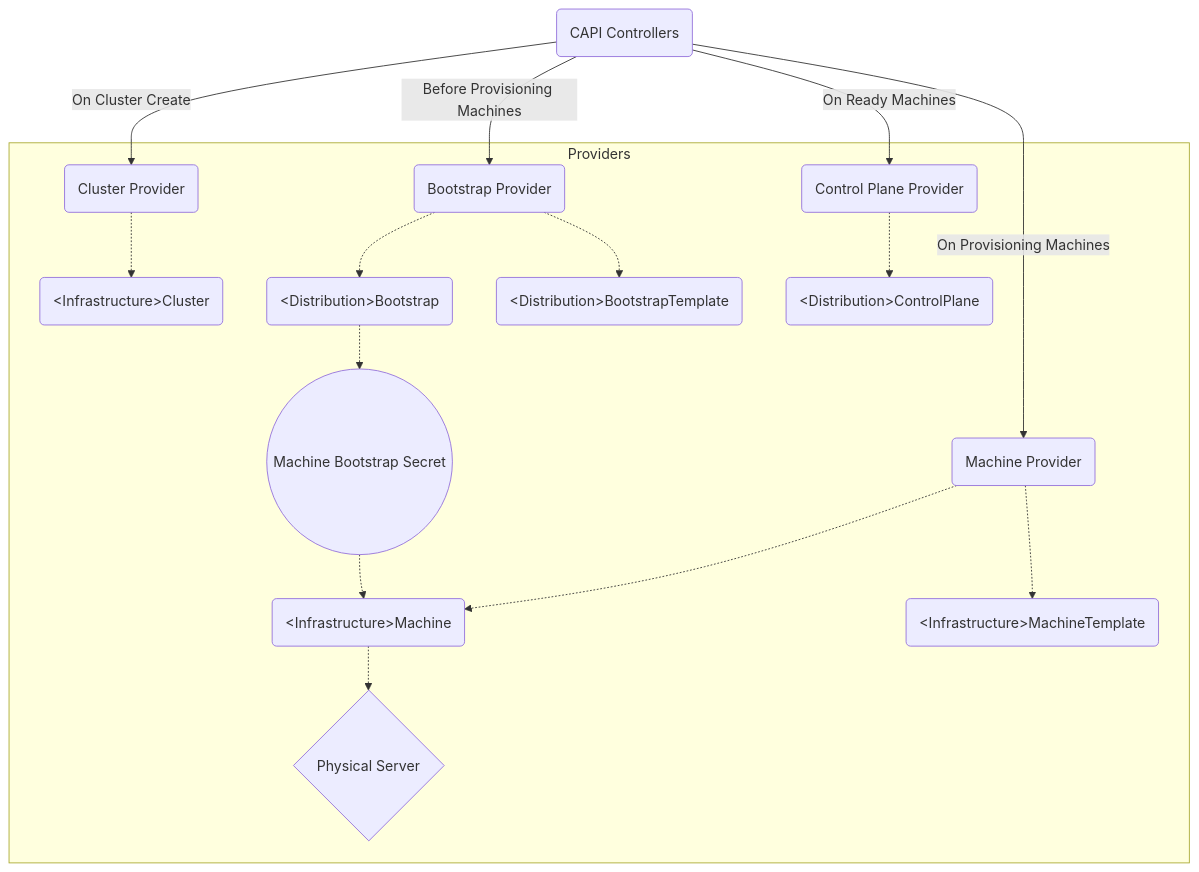
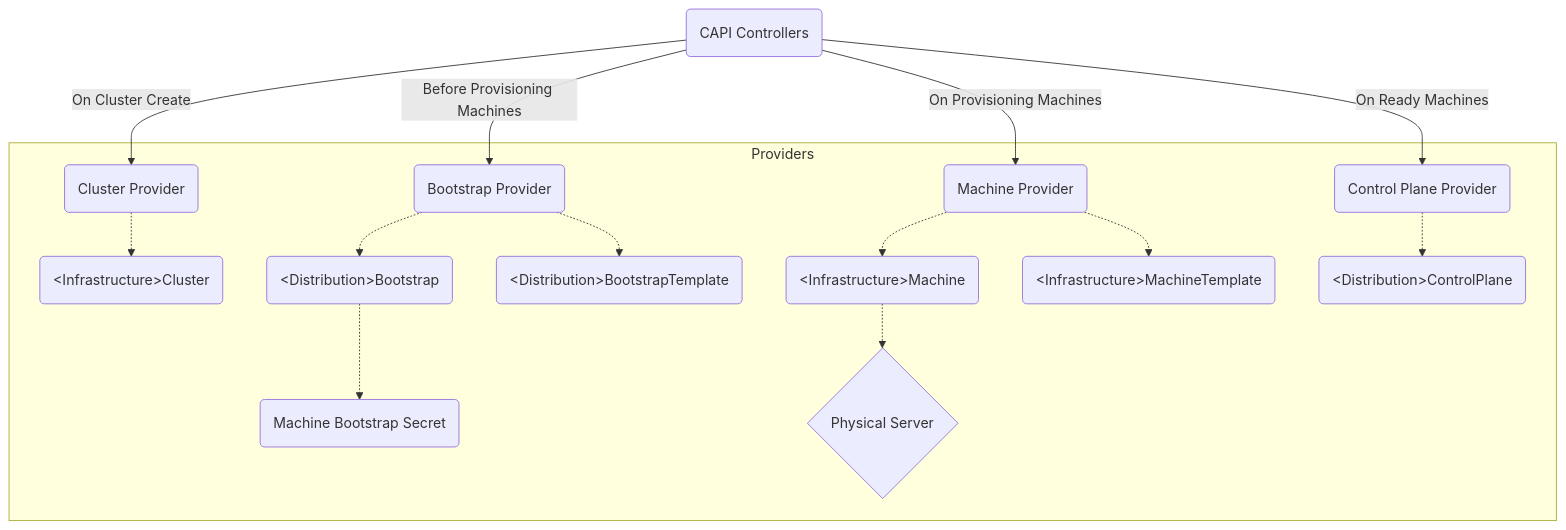
One commit to aiyengar2/k8s-docs changed the second of 2 diagrams in docs/provisioning/00_capi.md. Above: the diagram before and after it, drawn with Mermaid.

````diff
--- a/docs/provisioning/00_capi.md
+++ b/docs/provisioning/00_capi.md
@@ -77,35 +77,34 @@
 ```mermaid
 graph TD
     CAPIControllers("CAPI Controllers")
     subgraph Providers
     ClusterProvider("Cluster Provider")
     BootstrapProvider("Bootstrap Provider")
     MachineProvider("Machine Provider")
     ControlPlaneProvider("Control Plane Provider")
 
     InfrastructureCluster("&ltInfrastructure&gtCluster")
     DistributionBootstrap("&ltDistribution&gtBootstrap")
     DistributionBootstrapTemplate("&ltDistribution&gtBootstrapTemplate")
     InfrastructureMachine("&ltInfrastructure&gtMachine")
     InfrastructureMachineTemplate("&ltInfrastructure&gtMachineTemplate")
     DistributionControlPlane("&ltDistribution&gtControlPlane")
 
     PhysicalServer{"Physical Server"}
-    MachineBootstrapSecret(("Machine Bootstrap Secret"))
+    MachineBootstrapSecret("Machine Bootstrap Secret")
     end
 
     CAPIControllers--On Cluster Create-->ClusterProvider
     CAPIControllers--Before Provisioning Machines-->BootstrapProvider
     CAPIControllers--On Provisioning Machines-->MachineProvider
     CAPIControllers--On Ready Machines-->ControlPlaneProvider
     
     ClusterProvider-.->InfrastructureCluster
     BootstrapProvider-.->DistributionBootstrap
     BootstrapProvider-.->DistributionBootstrapTemplate
     DistributionBootstrap-.->MachineBootstrapSecret
-    MachineBootstrapSecret-.->InfrastructureMachine
     MachineProvider-.->InfrastructureMachine
     InfrastructureMachine-.->PhysicalServer
     MachineProvider-.->InfrastructureMachineTemplate
     ControlPlaneProvider-.->DistributionControlPlane
 ```
````
